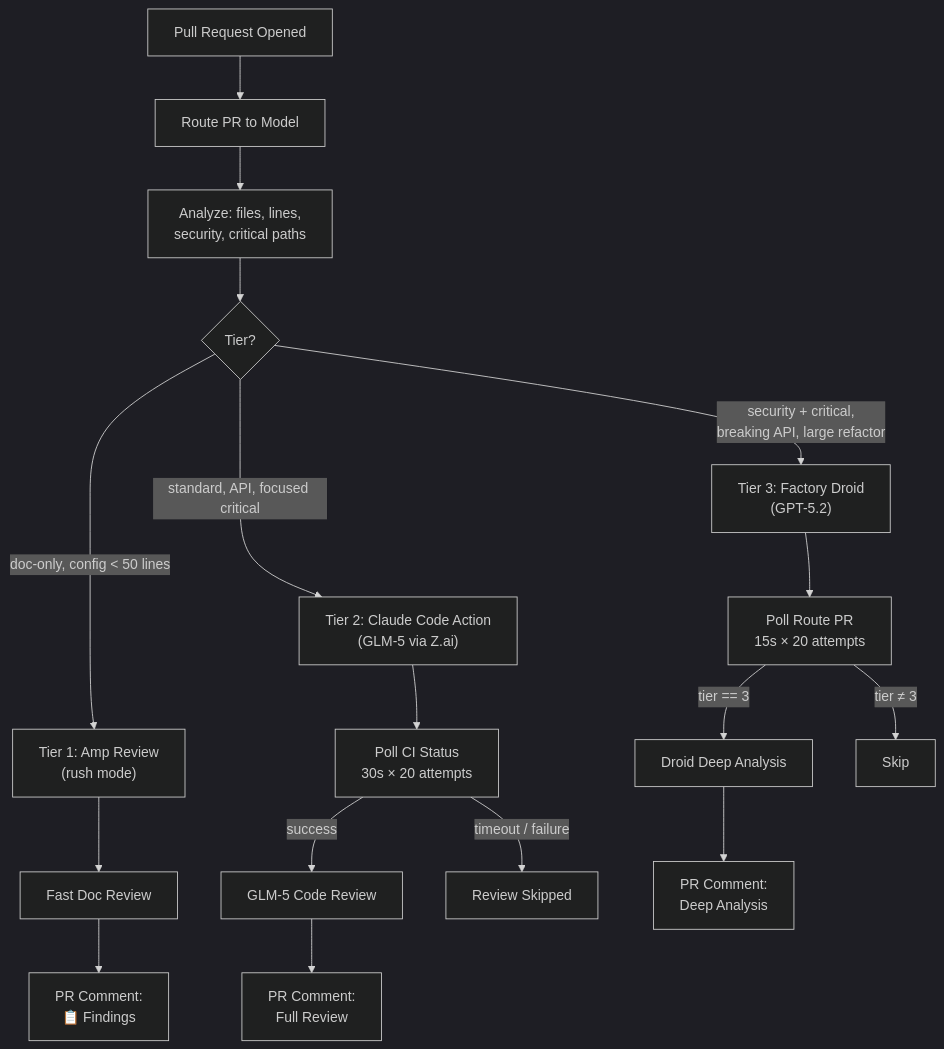
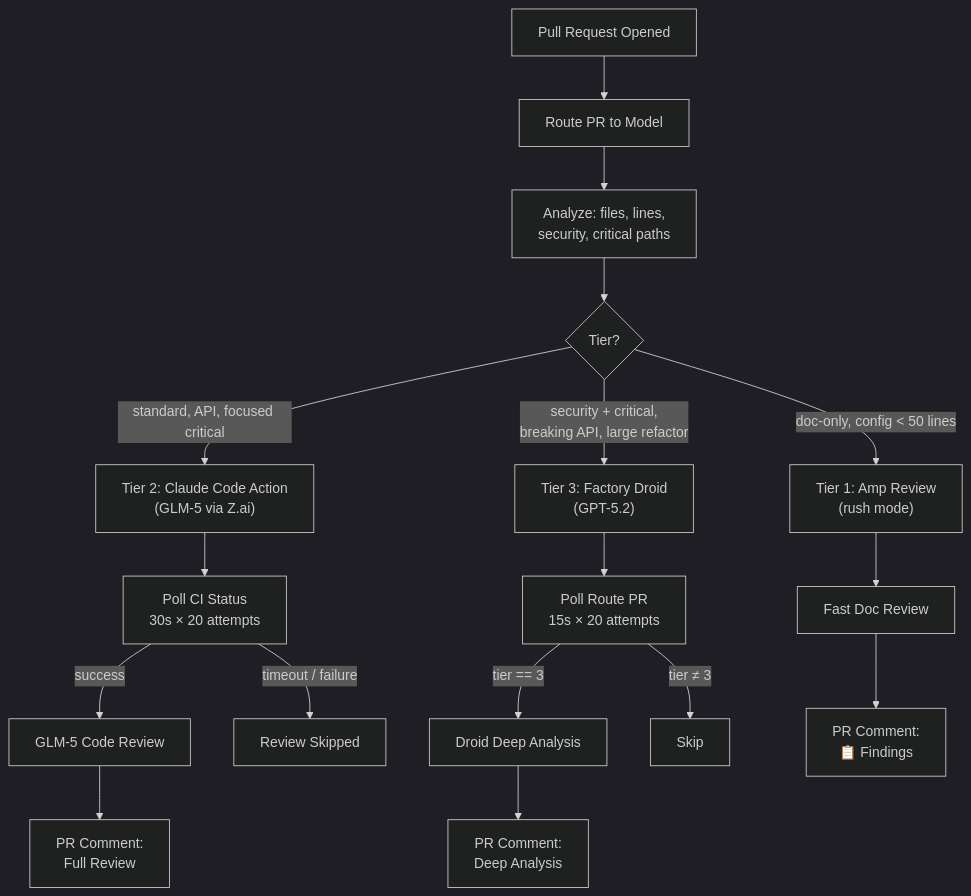
One commit to shrwnsan/research changed the first of 3 diagrams in _posts/2026-03-17-tiered-model-selection-in-practice.md. Above: the diagram before and after it, drawn with Mermaid (dark theme). The commit also changed other lines of this file and 2 other files, not shown here.

Commit message:
feat(dev-start): add dependency checks and deep clean option (#23)
* docs: draft follow-up article on tiered model selection in practice

* feat(dev-start): add dependency checks and deep clean option

- Add check_node_modules() to auto-install if missing
- Add check_ruby_gems() to auto-install if missing
- Add Option 10: Deep Clean (Full Reset) - removes all local
  dependencies (node_modules, vendor/bundle, caches) + Docker cleanup
- Exclude .worktrees/ from Jekyll processing to prevent
  unnecessary regeneration

---------

````diff
--- a/_posts/2026-03-17-tiered-model-selection-in-practice.md
+++ b/_posts/2026-03-17-tiered-model-selection-in-practice.md
@@ -49,28 +49,24 @@
 ```mermaid
 flowchart TD
     PR["Pull Request Opened"] --> Route["Route PR to Model"]
     Route --> Analyze["Analyze: files, lines,<br/>security, critical paths"]
     Analyze --> Decision{"Tier?"}
 
     Decision -->|"doc-only, config < 50 lines"| T1["Tier 1: Amp Review<br/>(rush mode)"]
     Decision -->|"standard, API, focused critical"| T2["Tier 2: Claude Code Action<br/>(GLM-5 via Z.ai)"]
     Decision -->|"security + critical,<br/>breaking API, large refactor"| T3["Tier 3: Factory Droid<br/>(GPT-5.2)"]
 
-    %% Force left-to-right ordering with invisible links
-    T3 ~~~ T2
-    T2 ~~~ T1
-
-    T1 --> Review1["Fast Doc Review"]
     T2 --> PollCI["Poll CI Status<br/>30s × 20 attempts"]
-    T3 --> PollRoute["Poll Route PR<br/>15s × 20 attempts"]
-
     PollCI -->|success| Review2["GLM-5 Code Review"]
     PollCI -->|timeout / failure| Skip2["Review Skipped"]
 
+    T3 --> PollRoute["Poll Route PR<br/>15s × 20 attempts"]
     PollRoute -->|tier == 3| Review3["Droid Deep Analysis"]
     PollRoute -->|tier ≠ 3| Skip3["Skip"]
+
+    T1 --> Review1["Fast Doc Review"]
 
     Review1 --> Comment1["PR Comment:<br/>📋 Findings"]
     Review2 --> Comment2["PR Comment:<br/>Full Review"]
     Review3 --> Comment3["PR Comment:<br/>Deep Analysis"]
 ```
````
